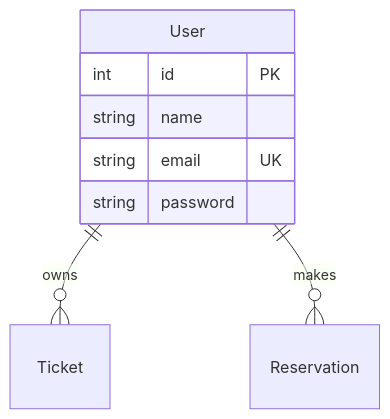
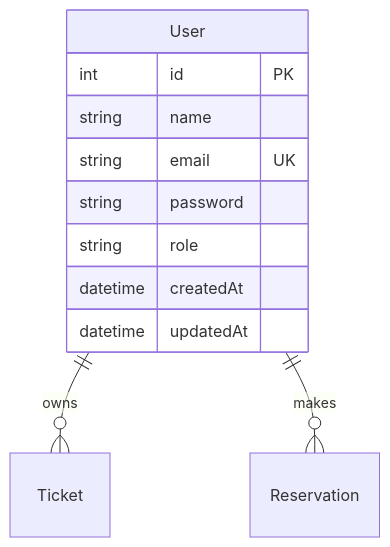
The second of 4 diagrams in rfc/database.md (naufaldi/event-book-system), drawn with Mermaid before and after one commit. The commit also changed other lines of this file and 10 other files, not shown here.

````diff
--- a/rfc/database.md
+++ b/rfc/database.md
@@ -45,11 +51,14 @@
 ```mermaid
 erDiagram
     User {
         int id PK
         string name
         string email UK
         string password
+        string role
+        datetime createdAt
+        datetime updatedAt
     }
     User ||--o{ Ticket : "owns"
     User ||--o{ Reservation : "makes"
 ```
````
